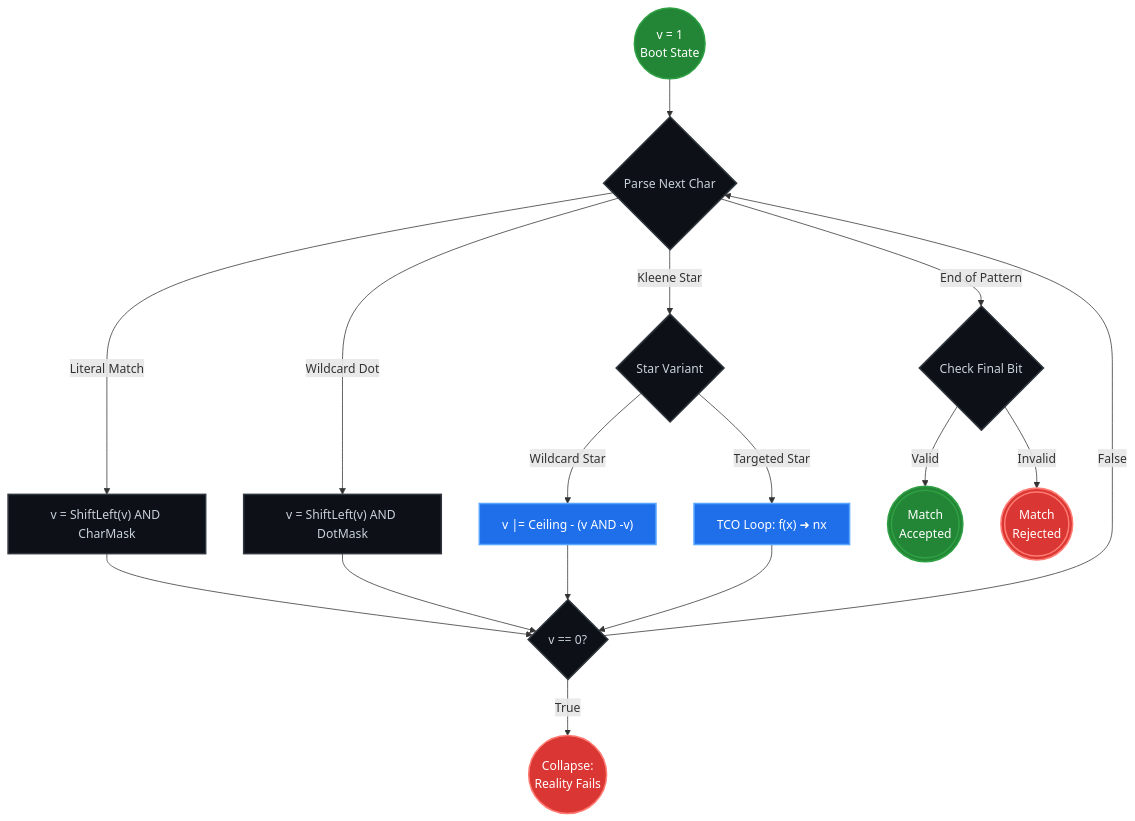
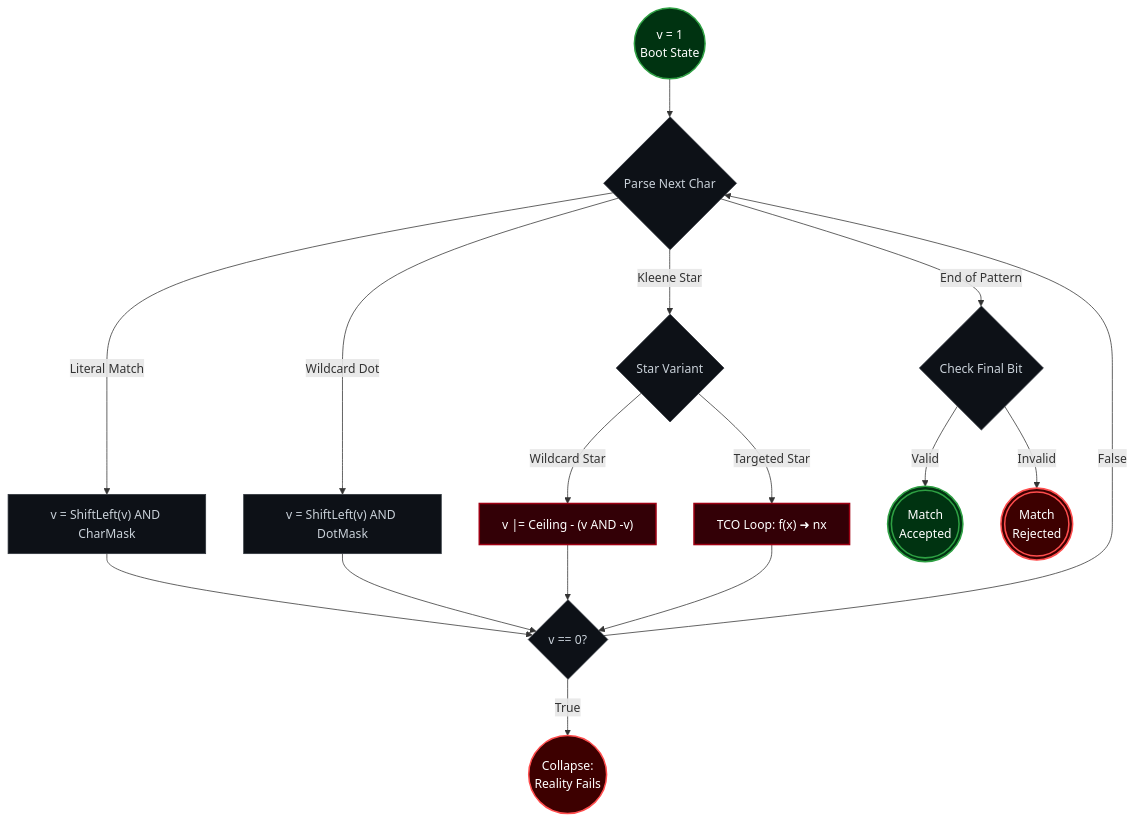
The diagram in Problem/10-regular-expression-matching/racket/README.md (taro902/Leetcode-Solution), drawn with Mermaid before and after one commit. The commit also changed other lines of this file, not shown here.

````diff
--- a/Problem/10-regular-expression-matching/racket/README.md
+++ b/Problem/10-regular-expression-matching/racket/README.md
@@ -83,34 +87,34 @@
 ```mermaid
 graph TD
     A(("v = 1<br/>Boot State")) --> B{Parse Next Char}
     
     B -->|Literal Match| C["v = ShiftLeft(v) AND CharMask"]
     B -->|Wildcard Dot| D["v = ShiftLeft(v) AND DotMask"]
     B -->|Kleene Star| E{Star Variant}
     
     C --> F{v == 0?}
     D --> F
     
     E -->|Wildcard Star| G["v |= Ceiling - (v AND -v)"]
     E -->|Targeted Star| H["TCO Loop: f(x) ➜ nx"]
     
     G --> F
     H --> F
     
     F -->|True| I((Collapse:<br/>Reality Fails))
     F -->|False| B
     
     B -->|End of Pattern| J{Check Final Bit}
     
     J -->|Valid| K((("Match<br/>Accepted")))
     J -->|Invalid| L((("Match<br/>Rejected")))
 
-    classDef default fill:#0d1117,stroke:#30363d,stroke-width:2px,color:#c9d1d9;
-    classDef highlight fill:#1f6feb,stroke:#58a6ff,stroke-width:2px,color:#ffffff;
-    classDef terminate fill:#da3633,stroke:#ff7b72,stroke-width:2px,color:#ffffff;
-    classDef accept fill:#238636,stroke:#2ea043,stroke-width:2px,color:#ffffff;
+    classDef default fill:#0d1117,stroke:#30363d,stroke-width:1px,color:#c9d1d9;
+    classDef highlight fill:#330006,stroke:#9E0013,stroke-width:2px,color:#ffffff;
+    classDef terminate fill:#3d0000,stroke:#ff4d4d,stroke-width:2px,color:#ffffff;
+    classDef accept fill:#003311,stroke:#2ea043,stroke-width:2px,color:#ffffff;
     
     class A,K accept;
     class I,L terminate;
     class G,H highlight;
 ```
````
